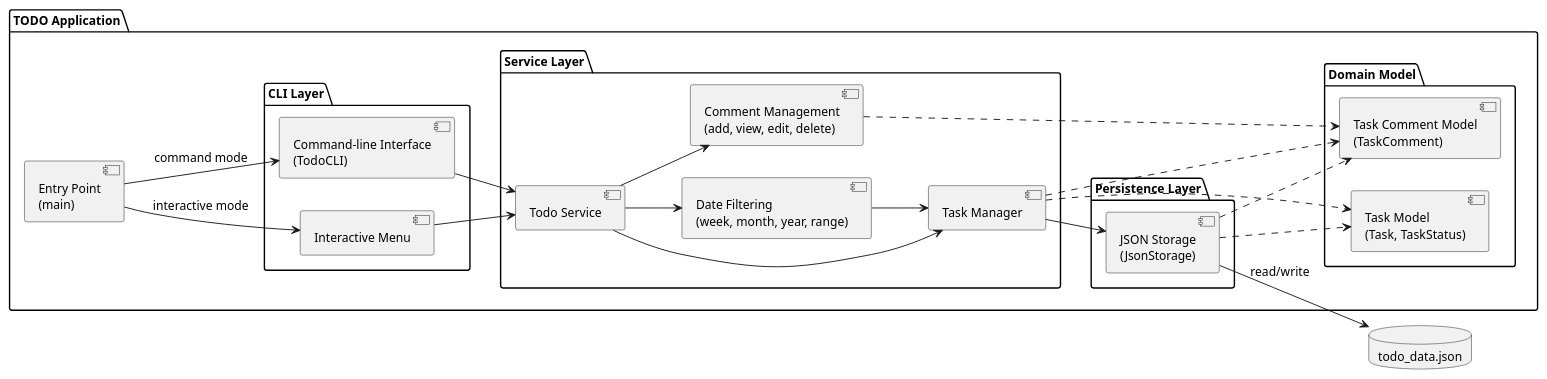
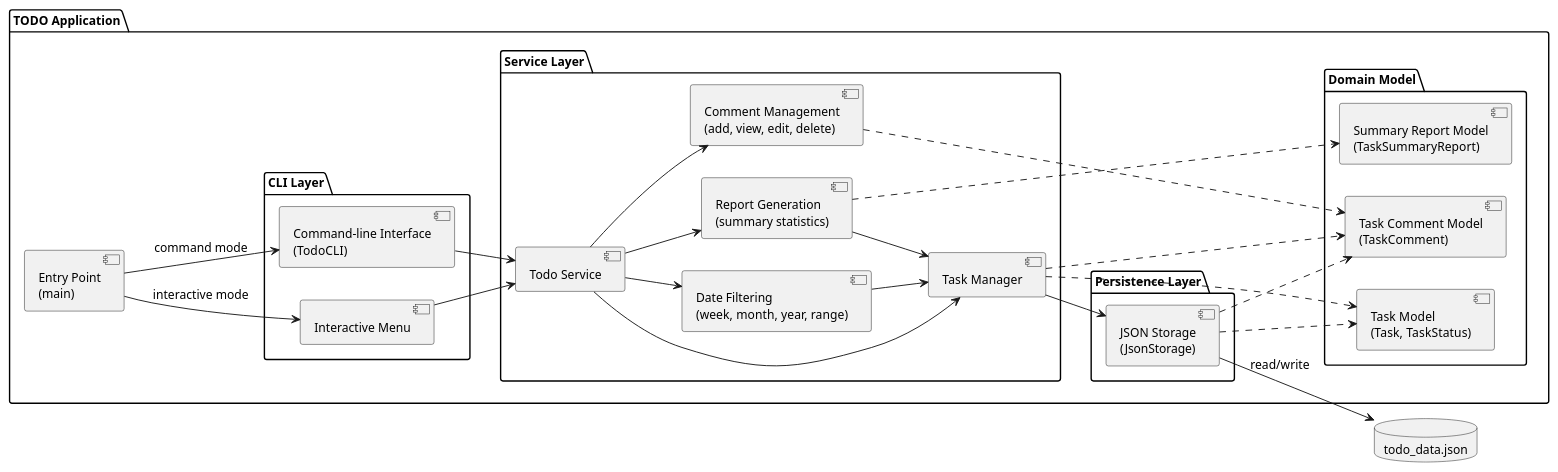
Before and after one commit to DanielRiha8906/Software_autoevolution_using_agents: the diagram in experiments/pipeline/user_stories/TODO/artifacts/component_diagram.puml, drawn with PlantUML. The commit also changed 10 other files, not shown here.

```diff
--- a/experiments/pipeline/user_stories/TODO/artifacts/component_diagram.puml
+++ b/experiments/pipeline/user_stories/TODO/artifacts/component_diagram.puml
@@ -1,55 +1,60 @@
 @startuml component_diagram
 
 skinparam componentStyle uml2
 skinparam defaultFontSize 13
 
 left to right direction
 
 package "TODO Application" {
 
     component "Entry Point\n(main)" as Main
 
     package "CLI Layer" {
         component "Interactive Menu" as IM
         component "Command-line Interface\n(TodoCLI)" as CLI
     }
 
     package "Service Layer" {
         component "Todo Service" as SVC
         component "Task Manager" as MGR
         component "Comment Management\n(add, view, edit, delete)" as CMT
         component "Date Filtering\n(week, month, year, range)" as DateFilter
+        component "Report Generation\n(summary statistics)" as Report
     }
 
     package "Domain Model" {
         component "Task Model\n(Task, TaskStatus)" as Model
         component "Task Comment Model\n(TaskComment)" as CommentModel
+        component "Summary Report Model\n(TaskSummaryReport)" as ReportModel
     }
 
     package "Persistence Layer" {
         component "JSON Storage\n(JsonStorage)" as Storage
     }
 }
 
 database "todo_data.json" as DB
 
 Main --> IM : interactive mode
 Main --> CLI : command mode
 
 IM --> SVC
 CLI --> SVC
 
 SVC --> MGR
 SVC --> CMT
 SVC --> DateFilter
+SVC --> Report
 DateFilter --> MGR
+Report --> MGR
 MGR --> Storage
 MGR ..> Model
 MGR ..> CommentModel
 CMT ..> CommentModel
+Report ..> ReportModel
 Storage ..> Model
 Storage ..> CommentModel
 
 Storage --> DB : read/write
 
 @enduml
```
